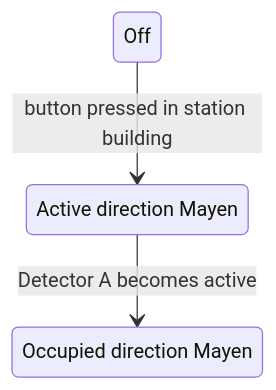
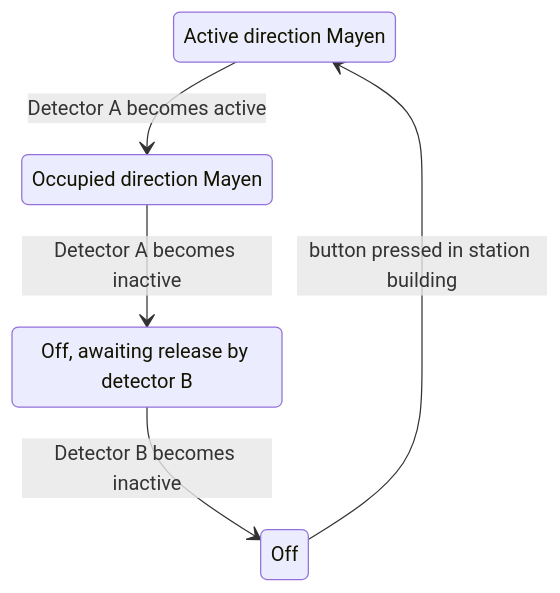
One commit to reinout/reinout-arduino changed the diagram in levelcrossings/berenbach/states.md. Above: the diagram before and after it, drawn with Mermaid.

````diff
--- a/levelcrossings/berenbach/states.md
+++ b/levelcrossings/berenbach/states.md
@@ -7,8 +7,11 @@
 ```mermaid
 stateDiagram-v2
     m1: Active direction Mayen
     m2: Occupied direction Mayen
+	m3: Off, awaiting release by detector B
     Off --> m1: button pressed in station building
     m1 --> m2: Detector A becomes active
+	m2 --> m3: Detector A becomes inactive
+	m3 --> Off: Detector B becomes inactive
 
 ```
````
